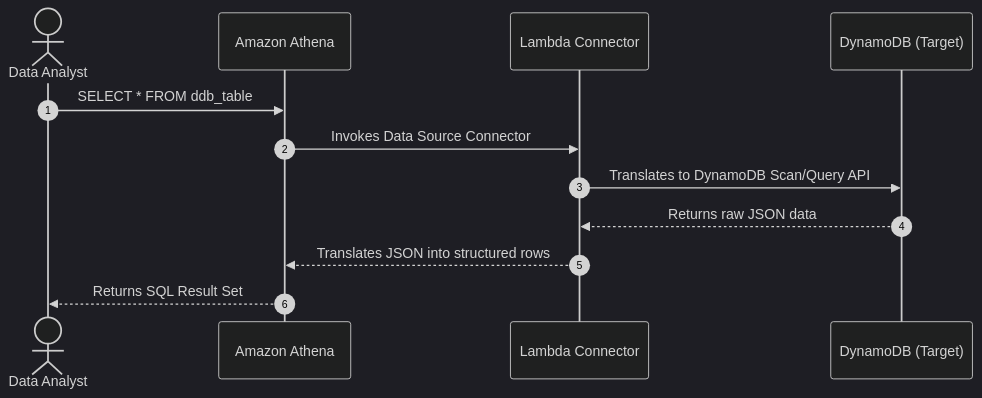
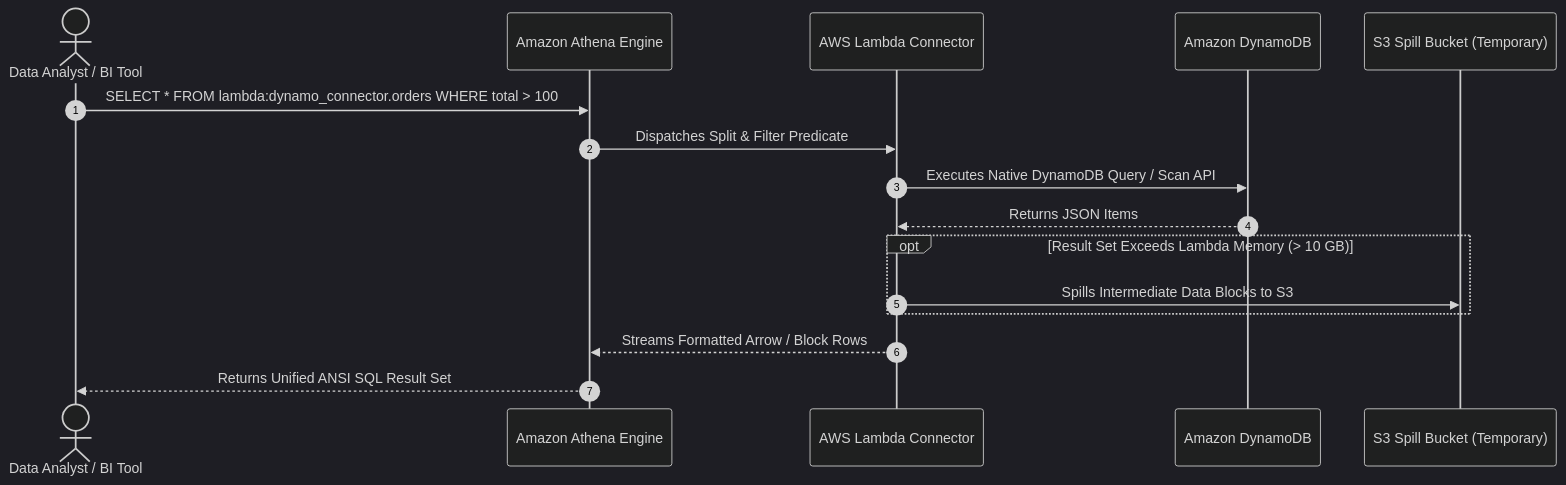
The diagram in content/en/02-services/analytics-streaming/athena/athena-federated-query.md (Wathon/aws-dea-c01-note), drawn with Mermaid (dark theme) before and after one commit. The commit also changed other lines of this file and 13 other files, not shown here.

Commit message:
Comprehensive DEA-C01 deep-dive overhaul for all 7 Amazon Athena notes (EN & MM)

````diff
--- a/content/en/02-services/analytics-streaming/athena/athena-federated-query.md
+++ b/content/en/02-services/analytics-streaming/athena/athena-federated-query.md
@@ -34,15 +31,19 @@
 ```mermaid
 sequenceDiagram
     autonumber
-    actor Analyst as Data Analyst
-    participant Athena as Amazon Athena
-    participant Lambda as Lambda Connector
-    participant DynamoDB as DynamoDB (Target)
-    
-    Analyst->>Athena: SELECT * FROM ddb_table
-    Athena->>Lambda: Invokes Data Source Connector
-    Lambda->>DynamoDB: Translates to DynamoDB Scan/Query API
-    DynamoDB-->>Lambda: Returns raw JSON data
-    Lambda-->>Athena: Translates JSON into structured rows
-    Athena-->>Analyst: Returns SQL Result Set
+    actor Analyst as Data Analyst / BI Tool
+    participant Athena as Amazon Athena Engine
+    participant Lambda as AWS Lambda Connector
+    participant DynamoDB as Amazon DynamoDB
+    participant S3Spill as S3 Spill Bucket (Temporary)
+
+    Analyst->>Athena: SELECT * FROM lambda:dynamo_connector.orders WHERE total > 100
+    Athena->>Lambda: Dispatches Split & Filter Predicate
+    Lambda->>DynamoDB: Executes Native DynamoDB Query / Scan API
+    DynamoDB-->>Lambda: Returns JSON Items
+    opt Result Set Exceeds Lambda Memory (> 10 GB)
+        Lambda->>S3Spill: Spills Intermediate Data Blocks to S3
+    end
+    Lambda-->>Athena: Streams Formatted Arrow / Block Rows
+    Athena-->>Analyst: Returns Unified ANSI SQL Result Set
 ```
````
